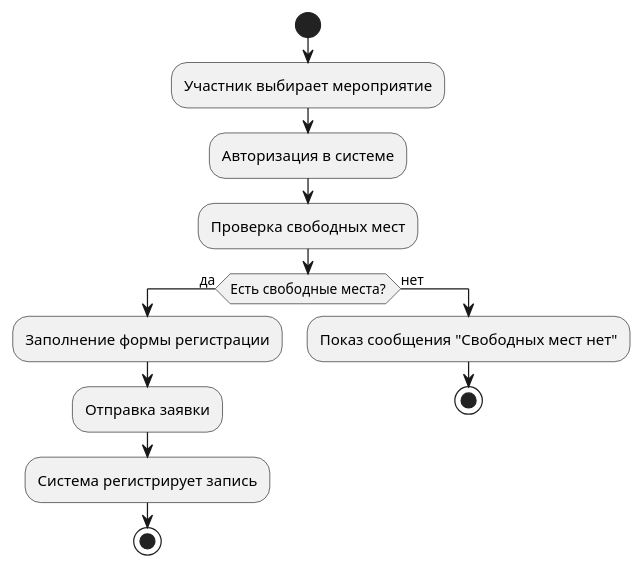
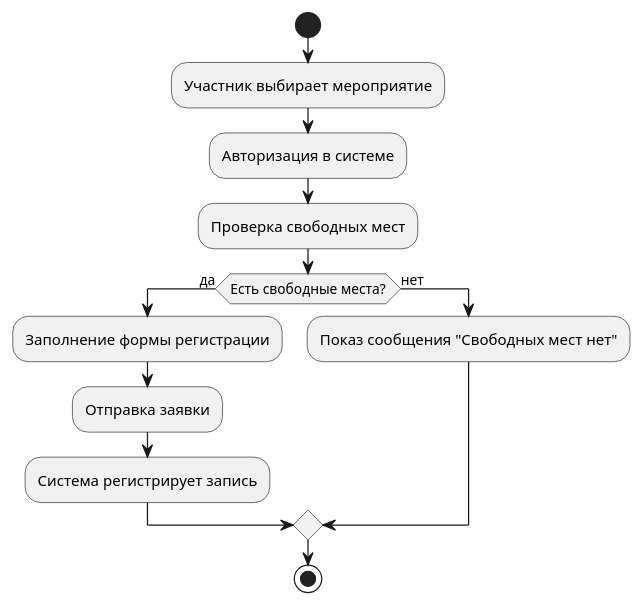
One commit to atomispie0507-afk/Lab3 changed the diagram in docs/diagrams/block-scheme1.puml. Above: the diagram before and after it, drawn with PlantUML.

```diff
--- a/docs/diagrams/block-scheme1.puml
+++ b/docs/diagrams/block-scheme1.puml
@@ -1,15 +1,14 @@
 @startuml
 start
 :Участник выбирает мероприятие;
 :Авторизация в системе;
 :Проверка свободных мест;
 if (Есть свободные места?) then (да)
     :Заполнение формы регистрации;
     :Отправка заявки;
     :Система регистрирует запись;
-    stop
 else (нет)
     :Показ сообщения "Свободных мест нет";
-    stop
 endif
+stop
 @enduml
```
